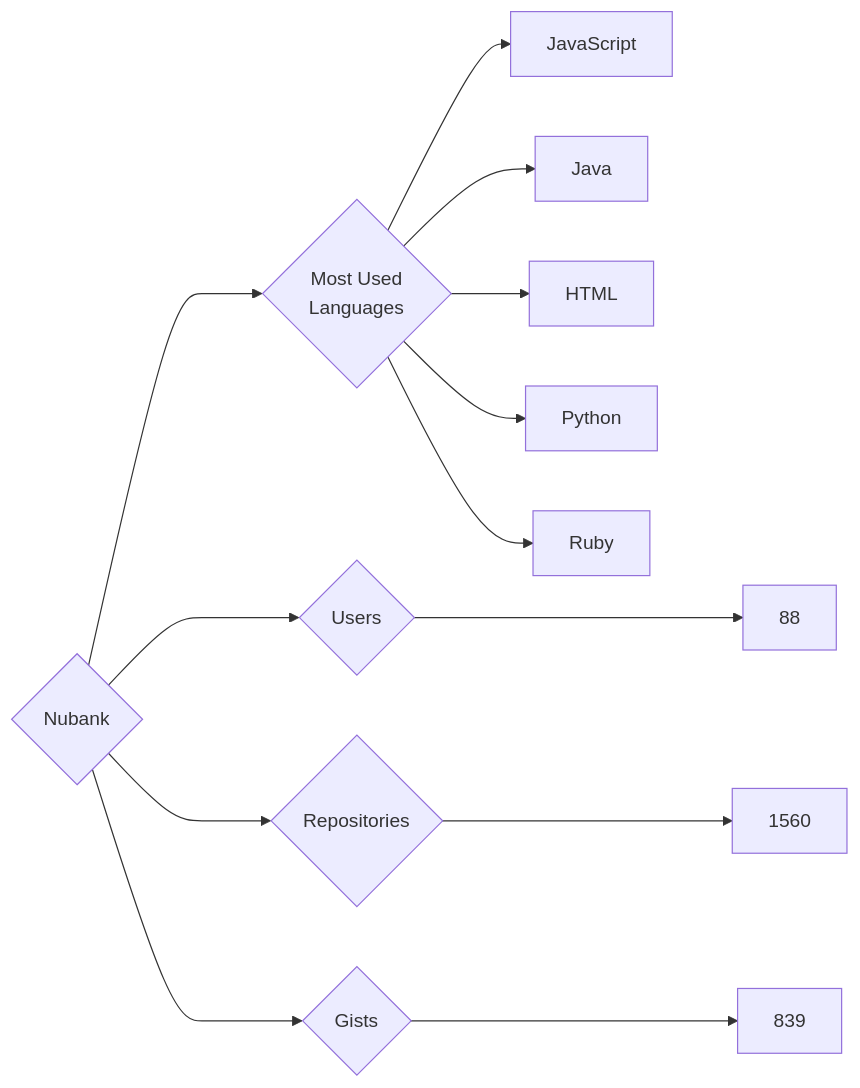
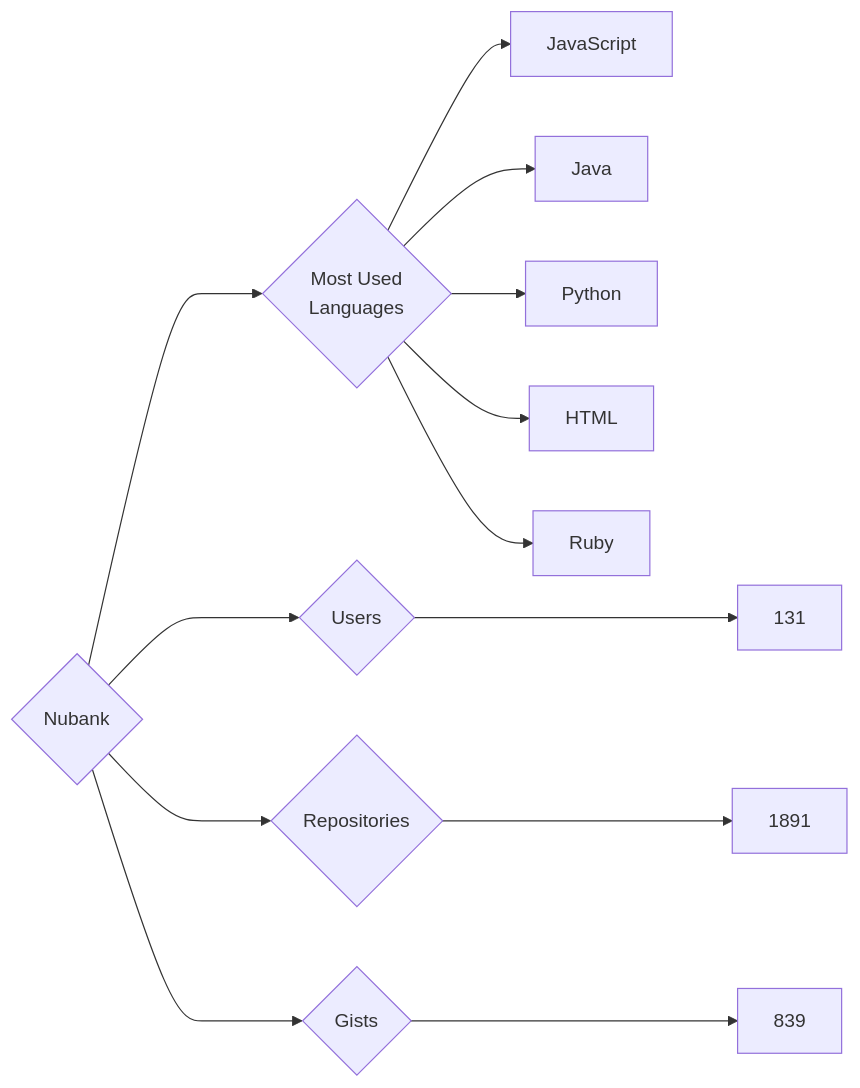
One commit to trickest/insiders changed the diagram in targets/Nubank/README.md. Above: the diagram before and after it, drawn with Mermaid. The commit also changed 725 other files, not shown here.

````diff
--- a/targets/Nubank/README.md
+++ b/targets/Nubank/README.md
@@ -3,13 +3,13 @@
 ```mermaid
 graph LR
 COMPANY_NAME{Nubank}
-COMPANY_NAME ---> U{Users} ---> UN[88]
-COMPANY_NAME ---> R{Repositories} ---> RN[1560]
+COMPANY_NAME ---> U{Users} ---> UN[131]
+COMPANY_NAME ---> R{Repositories} ---> RN[1891]
 COMPANY_NAME ---> G{Gists} ---> GN[839]
 COMPANY_NAME ---> ML{Most Used<br>Languages}
 ML --> JavaScript[JavaScript]
 ML --> Java[Java]
+ML --> Python[Python]
 ML --> HTML[HTML]
-ML --> Python[Python]
 ML --> Ruby[Ruby]
 ```
````
